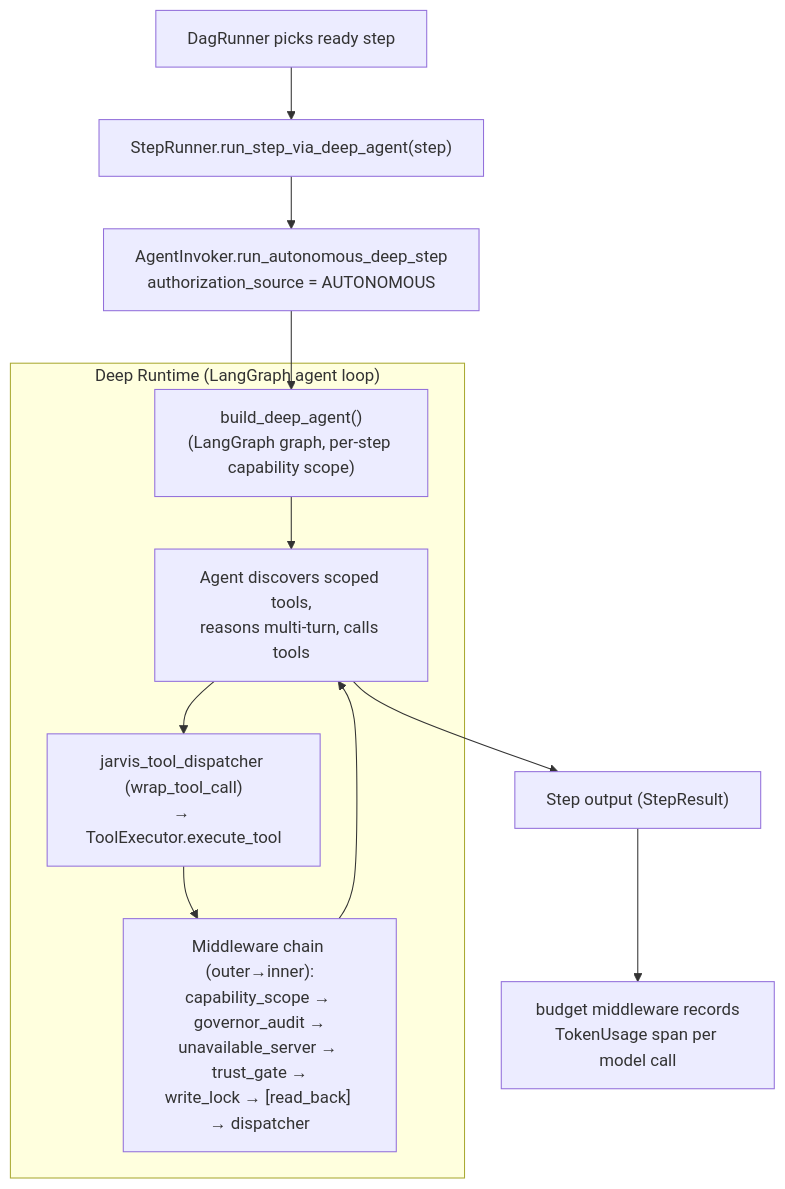
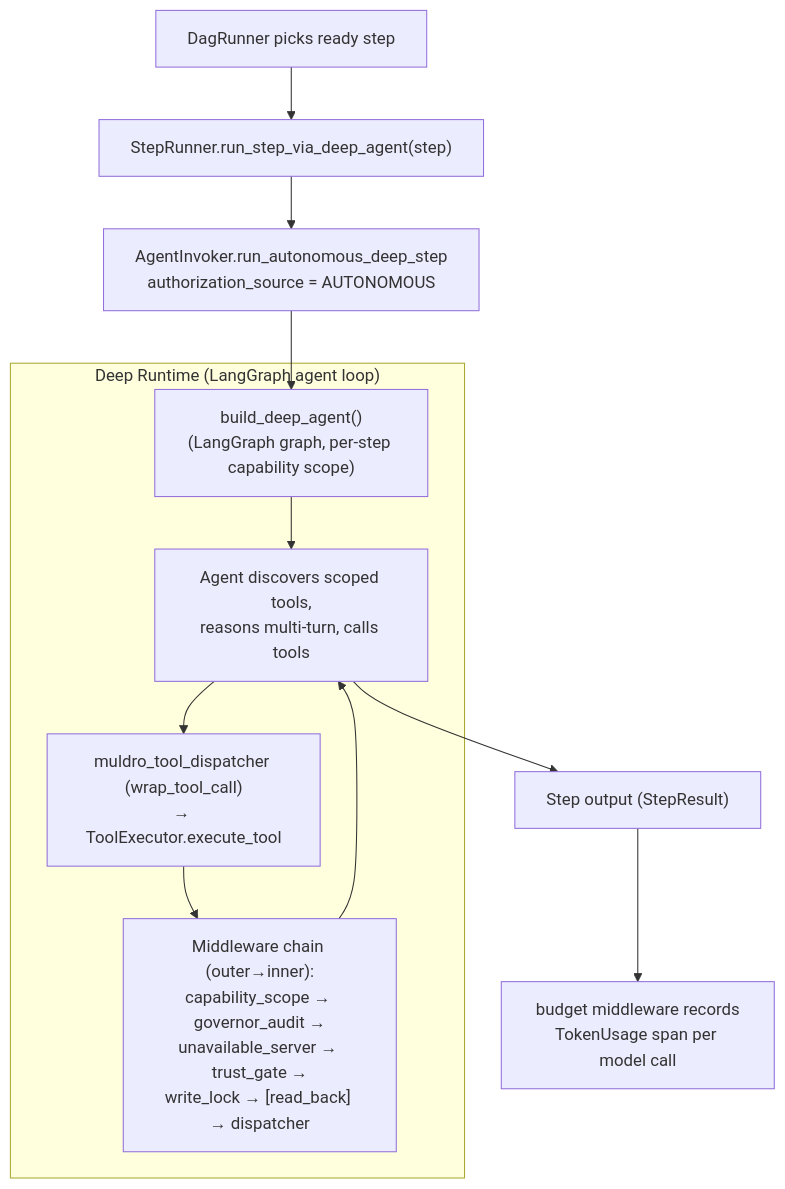
One commit to shivadharmi/muldro changed the eighth of 17 diagrams in docs/architecture/plan-execution-deep-dive.md. Above: the diagram before and after it, drawn with Mermaid. The commit also changed other lines of this file and 359 other files, not shown here.

First line of the commit message:
chore: rebrand Jarvis to Muldro across the codebase

````diff
--- a/docs/architecture/plan-execution-deep-dive.md
+++ b/docs/architecture/plan-execution-deep-dive.md
@@ -469,16 +469,16 @@
 ```mermaid
 flowchart TD
     START["DagRunner picks ready step"] --> RUNNER["StepRunner.run_step_via_deep_agent(step)"]
     RUNNER --> INVOKE["AgentInvoker.run_autonomous_deep_step<br/>authorization_source = AUTONOMOUS"]
     INVOKE --> BUILD["build_deep_agent()<br/>(LangGraph graph, per-step capability scope)"]
 
     subgraph "Deep Runtime (LangGraph agent loop)"
         BUILD --> GRAPH["Agent discovers scoped tools,<br/>reasons multi-turn, calls tools"]
-        GRAPH --> DISPATCH["jarvis_tool_dispatcher (wrap_tool_call)<br/>→ ToolExecutor.execute_tool"]
+        GRAPH --> DISPATCH["muldro_tool_dispatcher (wrap_tool_call)<br/>→ ToolExecutor.execute_tool"]
         DISPATCH --> MW["Middleware chain (outer→inner):<br/>capability_scope → governor_audit →<br/>unavailable_server → trust_gate →<br/>write_lock → [read_back] → dispatcher"]
         MW --> GRAPH
     end
 
     GRAPH --> RESULT["Step output (StepResult)"]
     RESULT --> BUDGET["budget middleware records<br/>TokenUsage span per model call"]
 ```
````
